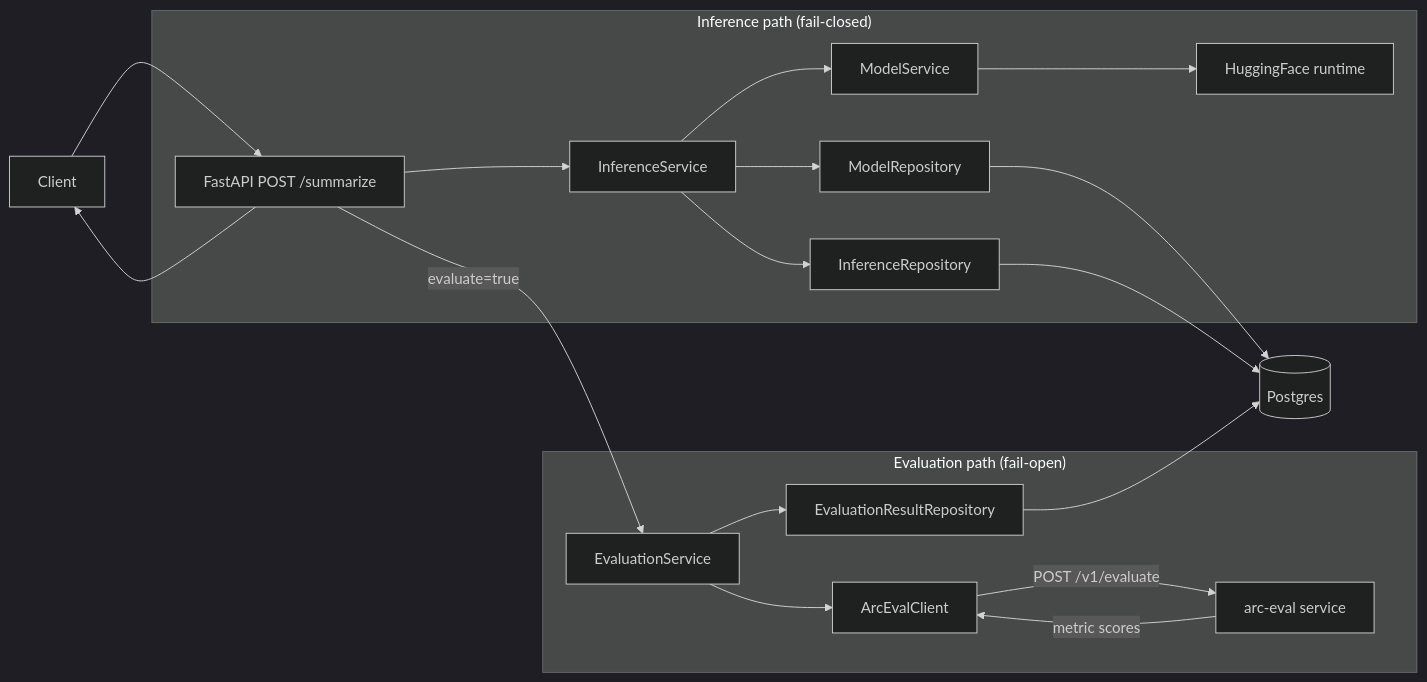
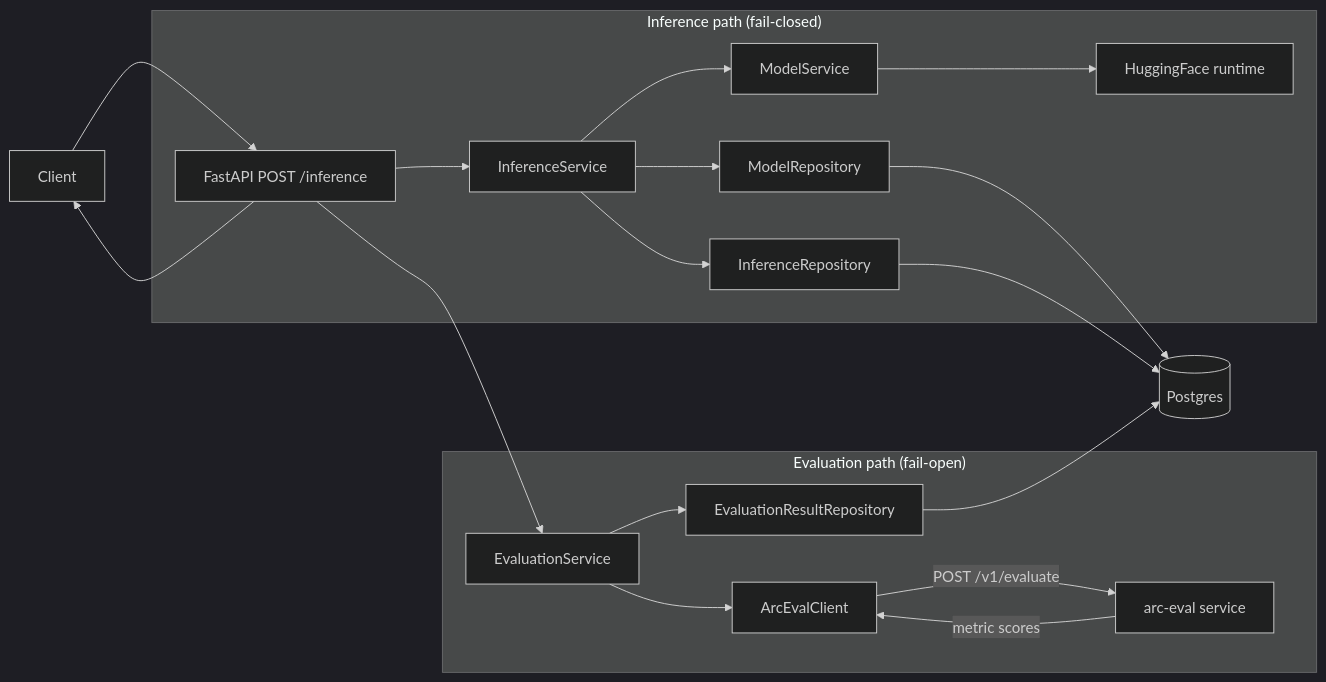
Before and after one commit to DimitarAtanassov/arc-model-lab: the first of 5 diagrams in docs/dataflow.md, drawn with Mermaid (dark theme). The commit also changed other lines of this file and 25 other files, not shown here.

````diff
--- a/docs/dataflow.md
+++ b/docs/dataflow.md
@@ -19,25 +22,25 @@
 ```mermaid
 flowchart LR
-    Client[Client] --> API["FastAPI POST /summarize"]
+    Client[Client] --> API["FastAPI POST /inference"]
 
     subgraph inf ["Inference path (fail-closed)"]
         API --> InfSvc[InferenceService]
         InfSvc --> ModelRepo[ModelRepository]
         InfSvc --> MS[ModelService]
         MS --> HF[HuggingFace runtime]
         InfSvc --> InfRepo[InferenceRepository]
     end
 
     subgraph ev ["Evaluation path (fail-open)"]
-        API -->|evaluate=true| EvalSvc[EvaluationService]
+        API --> EvalSvc[EvaluationService]
         EvalSvc --> AEC[ArcEvalClient]
         AEC -->|"POST /v1/evaluate"| Arc[arc-eval service]
         Arc -->|metric scores| AEC
         EvalSvc --> EvalRepo[EvaluationResultRepository]
     end
 
     ModelRepo --> DB[(Postgres)]
     InfRepo --> DB
     EvalRepo --> DB
     API --> Client
 ```
````
